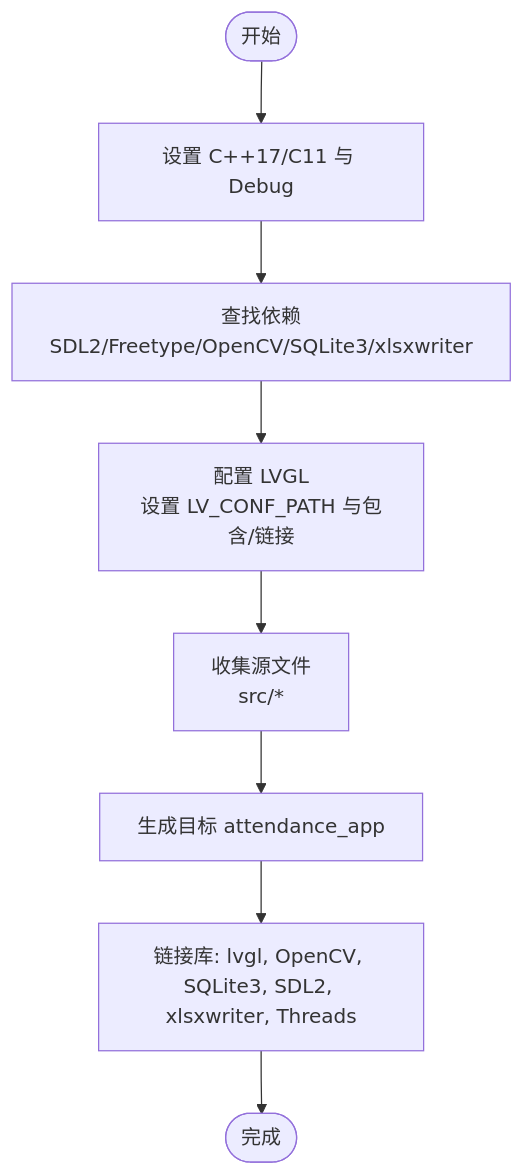
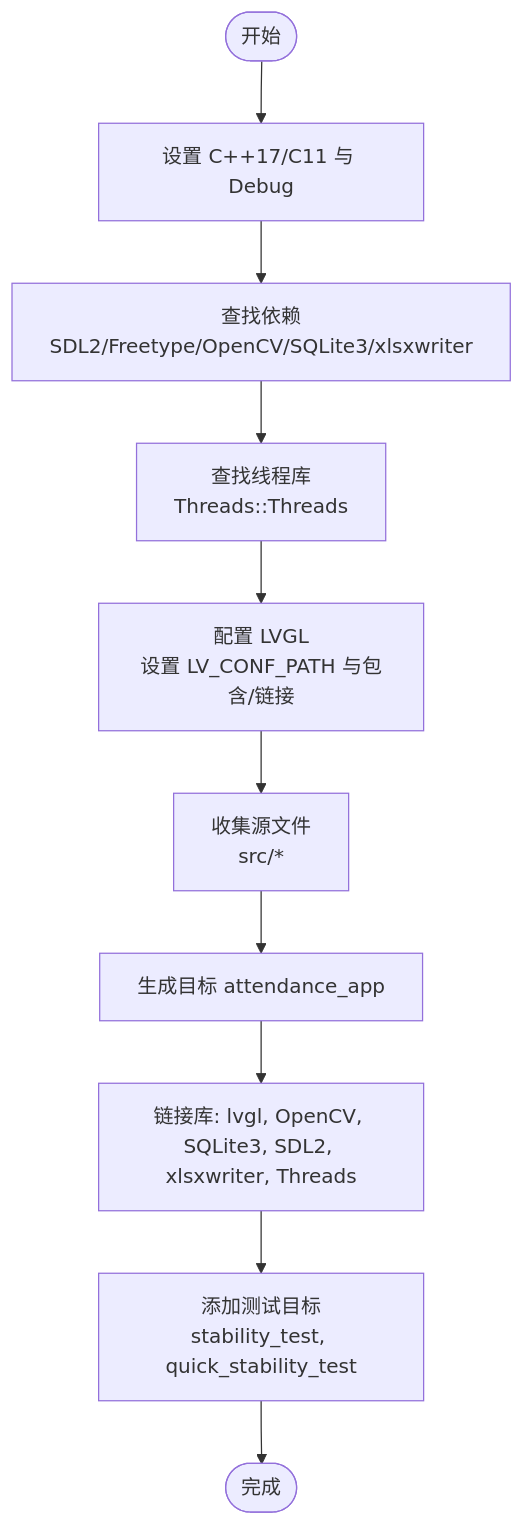
The third of 4 diagrams in .qoder/repowiki/zh/content/部署运维/部署运维.md (Drunk552/SmartAttendance), drawn with Mermaid before and after one commit. The commit also changed other lines of this file and 26 other files, not shown here.

````diff
--- a/.qoder/repowiki/zh/content/部署运维/部署运维.md
+++ b/.qoder/repowiki/zh/content/部署运维/部署运维.md
@@ -118,10 +131,12 @@
 ```mermaid
 flowchart TD
 Start(["开始"]) --> Cfg["设置 C++17/C11 与 Debug"]
 Cfg --> Dep["查找依赖<br/>SDL2/Freetype/OpenCV/SQLite3/xlsxwriter"]
-Dep --> LV["配置 LVGL<br/>设置 LV_CONF_PATH 与包含/链接"]
+Dep --> Th["查找线程库<br/>Threads::Threads"]
+Th --> LV["配置 LVGL<br/>设置 LV_CONF_PATH 与包含/链接"]
 LV --> Src["收集源文件<br/>src/*"]
 Src --> Build["生成目标 attendance_app"]
 Build --> Link["链接库: lvgl, OpenCV, SQLite3, SDL2, xlsxwriter, Threads"]
-Link --> Done(["完成"])
+Link --> Test["添加测试目标<br/>stability_test, quick_stability_test"]
+Test --> Done(["完成"])
 ```
````
